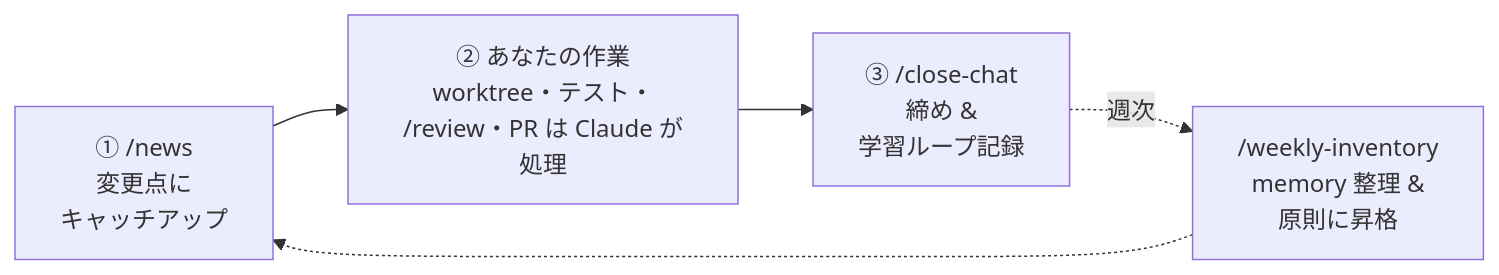
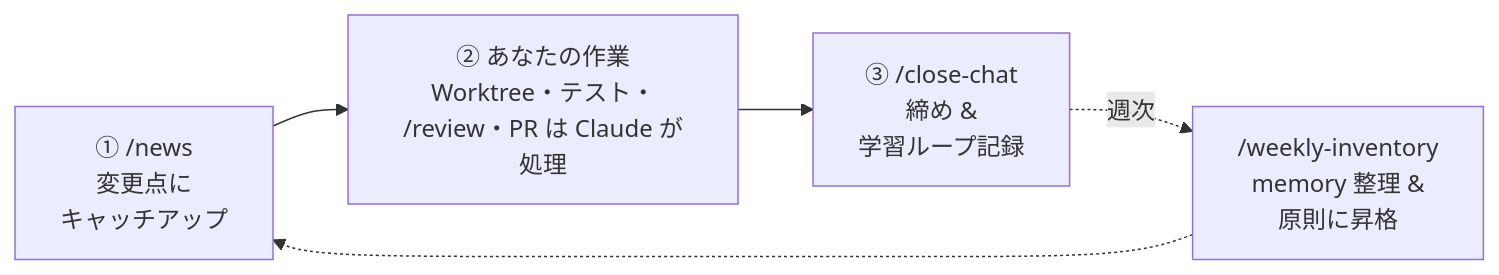
One commit to SideMountain/claude-code-sidekick changed the first of 5 diagrams in README.ja.md. Above: the diagram before and after it, drawn with Mermaid. The commit also changed other lines of this file and 2 other files, not shown here.

````diff
--- a/README.ja.md
+++ b/README.ja.md
@@ -36,7 +36,7 @@
 ```mermaid
 flowchart LR
-    N["① /news<br/>変更点に<br/>キャッチアップ"] --> W["② あなたの作業<br/>worktree・テスト・<br/>/review・PR は Claude が処理"]
+    N["① /news<br/>変更点に<br/>キャッチアップ"] --> W["② あなたの作業<br/>Worktree・テスト・<br/>/review・PR は Claude が処理"]
     W --> C["③ /close-chat<br/>締め &<br/>学習ループ記録"]
     C -.->|"週次"| WI["/weekly-inventory<br/>memory 整理 &<br/>原則に昇格"]
     WI -.-> N
 ```
````
